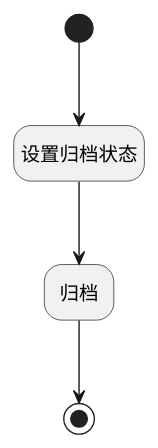
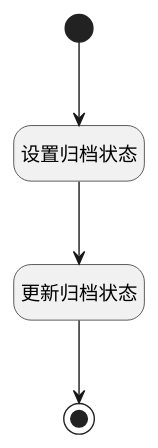
One commit to iBizLab/plm changed the diagram in doc/docsify/module/TestMgmt/library/logic/archive.md. Above: the diagram before and after it, drawn with PlantUML. The commit also changed other lines of this file and 1068 other files, not shown here.

````diff
--- a/doc/docsify/module/TestMgmt/library/logic/archive.md
+++ b/doc/docsify/module/TestMgmt/library/logic/archive.md
@@ -7,23 +7,23 @@
 ```plantuml
 @startuml
 hide empty description
 <style>
 root {
   HyperlinkColor #42b983
 }
 </style>
 
 hide empty description
 state "开始" as Begin <<start>> [[$./archive#begin {"开始"}]]
 state "设置归档状态" as PREPAREPARAM1  [[$./archive#prepareparam1 {"设置归档状态"}]]
-state "归档" as DEACTION1  [[$./archive#deaction1 {"归档"}]]
+state "更新归档状态" as DEACTION1  [[$./archive#deaction1 {"更新归档状态"}]]
 state "结束" as END1 <<end>> [[$./archive#end1 {"结束"}]]
 
 
 Begin --> PREPAREPARAM1
 PREPAREPARAM1 --> DEACTION1
 DEACTION1 --> END1
 
 
 @enduml
 ```
````
